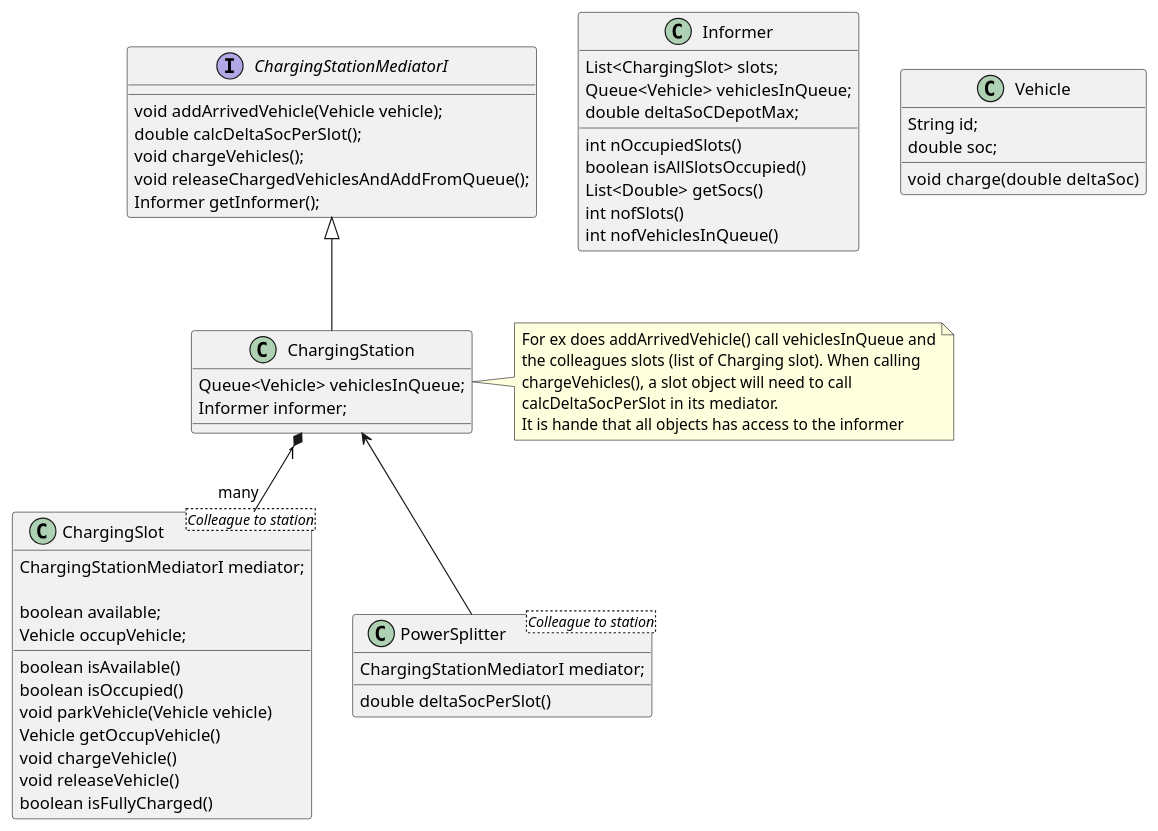
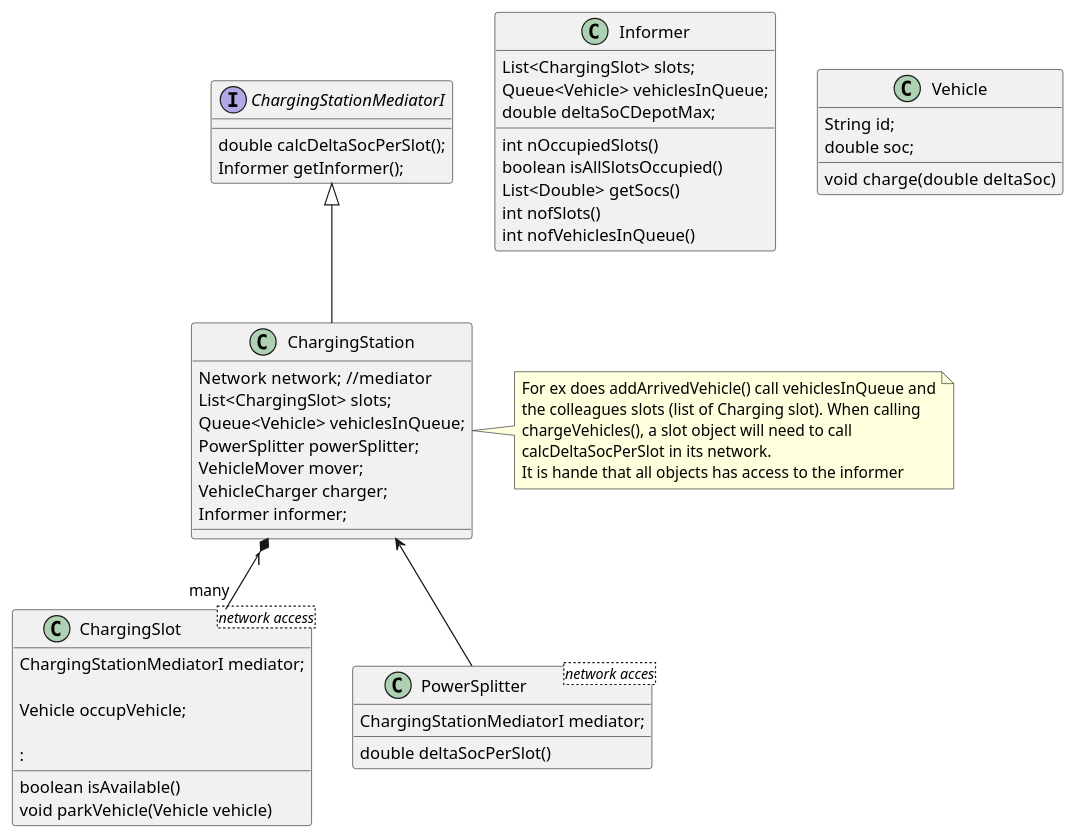
One commit to JonasHellgren/JavaBasics changed the diagram in out/production/java-fundamentals/java_design_patterns/G_mediator/charging_station_network/charge.puml. Above: the diagram before and after it, drawn with PlantUML. The commit also changed 26 other files, not shown here.

Commit message:
plantuml

```diff
--- a/out/production/java-fundamentals/java_design_patterns/G_mediator/charging_station_network/charge.puml
+++ b/out/production/java-fundamentals/java_design_patterns/G_mediator/charging_station_network/charge.puml
@@ -1,71 +1,68 @@
 @startuml
 
 
 interface ChargingStationMediatorI {
-    void addArrivedVehicle(Vehicle vehicle);
     double calcDeltaSocPerSlot();
-    void chargeVehicles();
-    void releaseChargedVehiclesAndAddFromQueue();
     Informer getInformer();
 }
 
 class ChargingStation {
+    Network network;  //mediator
+    List<ChargingSlot> slots;
     Queue<Vehicle> vehiclesInQueue;
+    PowerSplitter powerSplitter;
+    VehicleMover mover;
+    VehicleCharger charger;
     Informer informer;
 }
 
 note right of ChargingStation
  For ex does addArrivedVehicle() call vehiclesInQueue and
  the colleagues slots (list of Charging slot). When calling
  chargeVehicles(), a slot object will need to call
- calcDeltaSocPerSlot in its mediator.
+ calcDeltaSocPerSlot in its network.
  It is hande that all objects has access to the informer
 end note
 
- class ChargingSlot<Colleague to station> {
+ class ChargingSlot<network access> {
     ChargingStationMediatorI mediator;
 
-    boolean available;
     Vehicle occupVehicle;
 
     boolean isAvailable()
-    boolean isOccupied()
     void parkVehicle(Vehicle vehicle)
-    Vehicle getOccupVehicle()
-    void chargeVehicle()
-    void releaseVehicle()
-    boolean isFullyCharged()
+    :
 }
 
- class PowerSplitter <Colleague to station> {
+ class PowerSplitter <network acces> {
     ChargingStationMediatorI mediator;
 
     double deltaSocPerSlot()
     }
 
 class Informer {
 
     List<ChargingSlot> slots;
     Queue<Vehicle> vehiclesInQueue;
     double deltaSoCDepotMax;
 
      int nOccupiedSlots()
      boolean isAllSlotsOccupied()
      List<Double> getSocs()
      int nofSlots()
      int nofVehiclesInQueue()
     }
 
 
 class Vehicle {
       String id;
       double soc;
 
       void  charge(double deltaSoc)
  }
 
 ChargingStationMediatorI <|-- ChargingStation
 ChargingStation <-- PowerSplitter
 ChargingStation "1" *-d- "many" ChargingSlot
 
 @enduml
```
